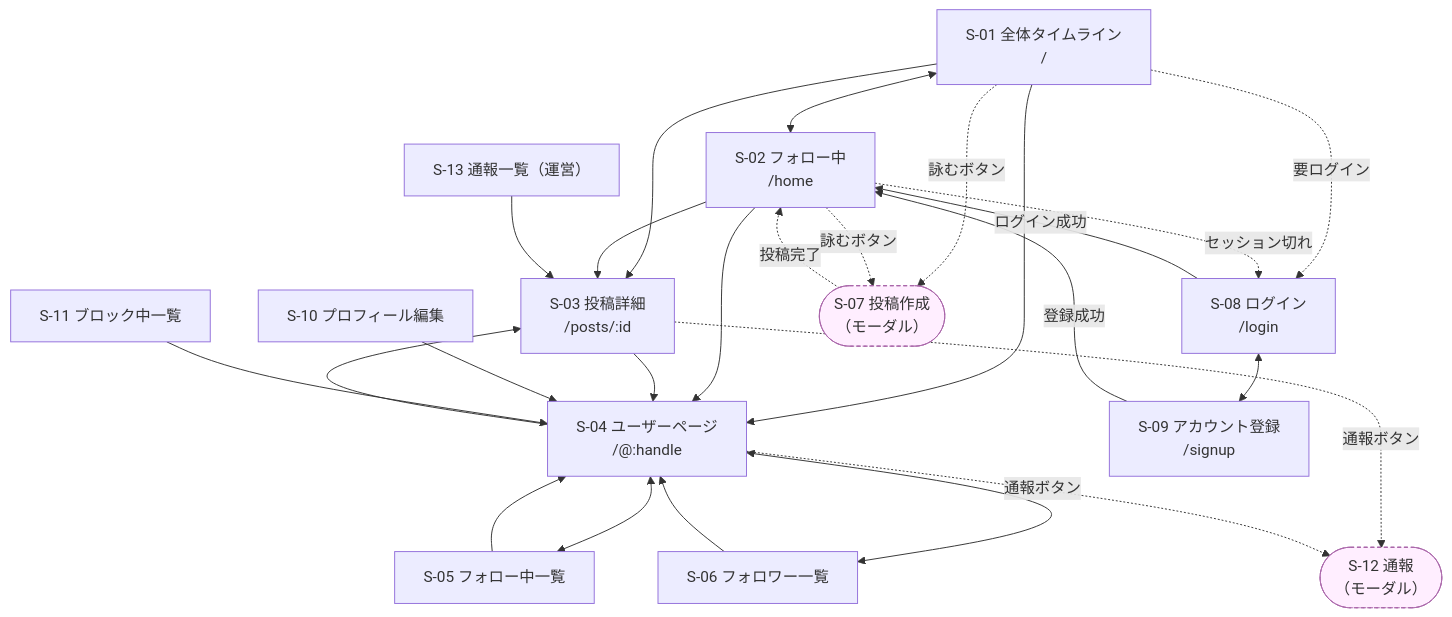
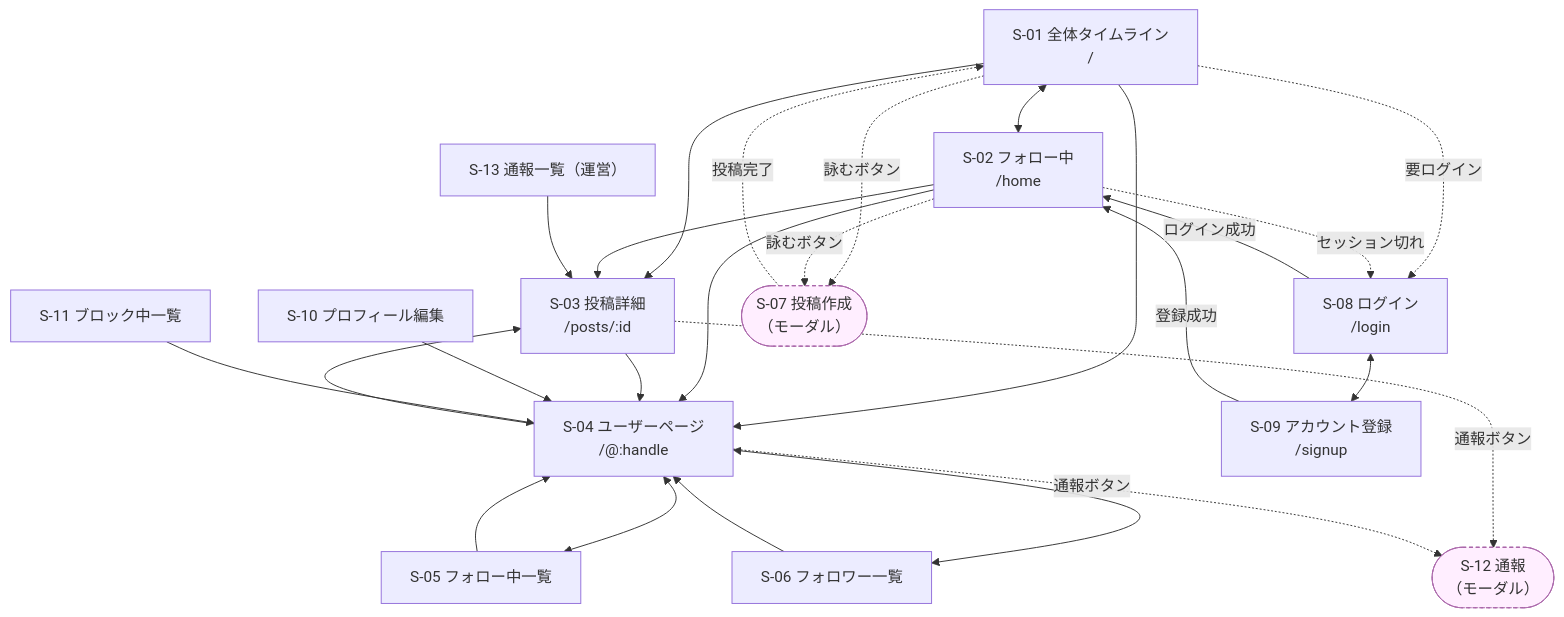
The first of 2 diagrams in docs/design/basic/04-screens.md (yama-shu/575-sns), drawn with Mermaid before and after one commit. The commit also changed other lines of this file, not shown here.

````diff
--- a/docs/design/basic/04-screens.md
+++ b/docs/design/basic/04-screens.md
@@ -33,50 +33,50 @@
 ```mermaid
 flowchart TD
     S01["S-01 全体タイムライン<br/>/"]
     S02["S-02 フォロー中<br/>/home"]
     S03["S-03 投稿詳細<br/>/posts/:id"]
     S04["S-04 ユーザーページ<br/>/@:handle"]
     S05["S-05 フォロー中一覧"]
     S06["S-06 フォロワー一覧"]
     S08["S-08 ログイン<br/>/login"]
     S09["S-09 アカウント登録<br/>/signup"]
     S10["S-10 プロフィール編集"]
     S11["S-11 ブロック中一覧"]
     S13["S-13 通報一覧（運営）"]
 
     S07(["S-07 投稿作成<br/>（モーダル）"])
     S12(["S-12 通報<br/>（モーダル）"])
 
     S01 <--> S02
     S01 --> S03
     S02 --> S03
     S01 --> S04
     S02 --> S04
     S03 --> S04
     S04 --> S03
     S04 <--> S05
     S04 <--> S06
     S05 --> S04
     S06 --> S04
 
     S08 <--> S09
     S08 -->|ログイン成功| S02
     S09 -->|登録成功| S02
 
     S01 -.要ログイン.-> S08
     S02 -.セッション切れ.-> S08
 
     S01 -.詠むボタン.-> S07
     S02 -.詠むボタン.-> S07
-    S07 -.投稿完了.-> S02
+    S07 -.投稿完了.-> S01
 
     S03 -.通報ボタン.-> S12
     S04 -.通報ボタン.-> S12
 
     S10 --> S04
     S11 --> S04
     S13 --> S03
 
     classDef modal fill:#fef,stroke:#a6a,stroke-dasharray: 4 3
     class S07,S12 modal
 ```
````
